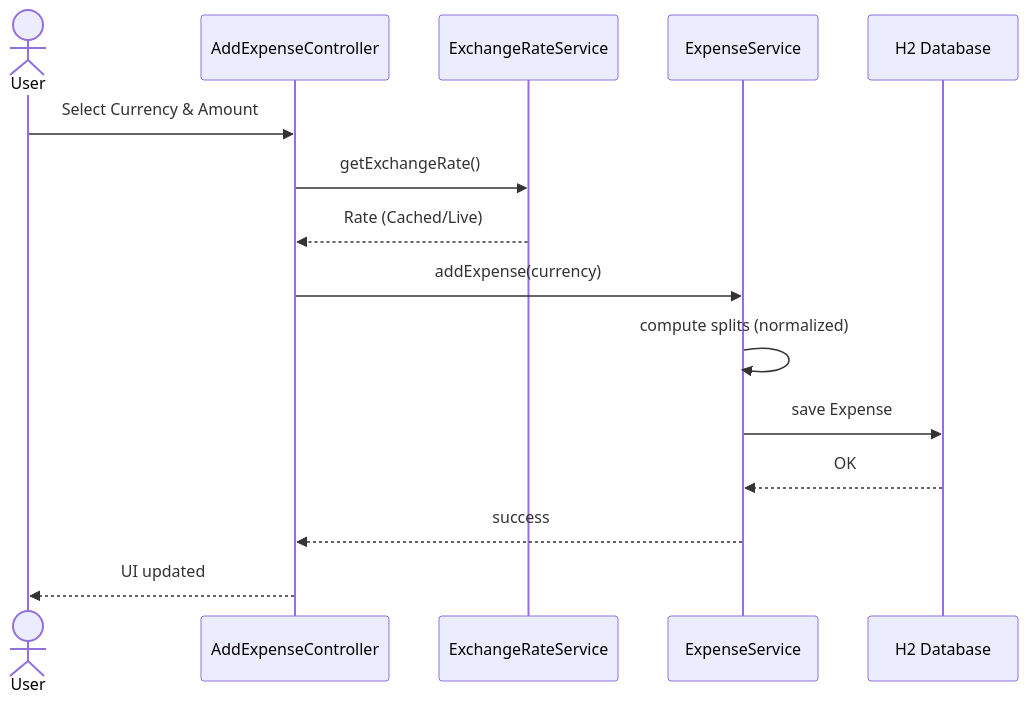
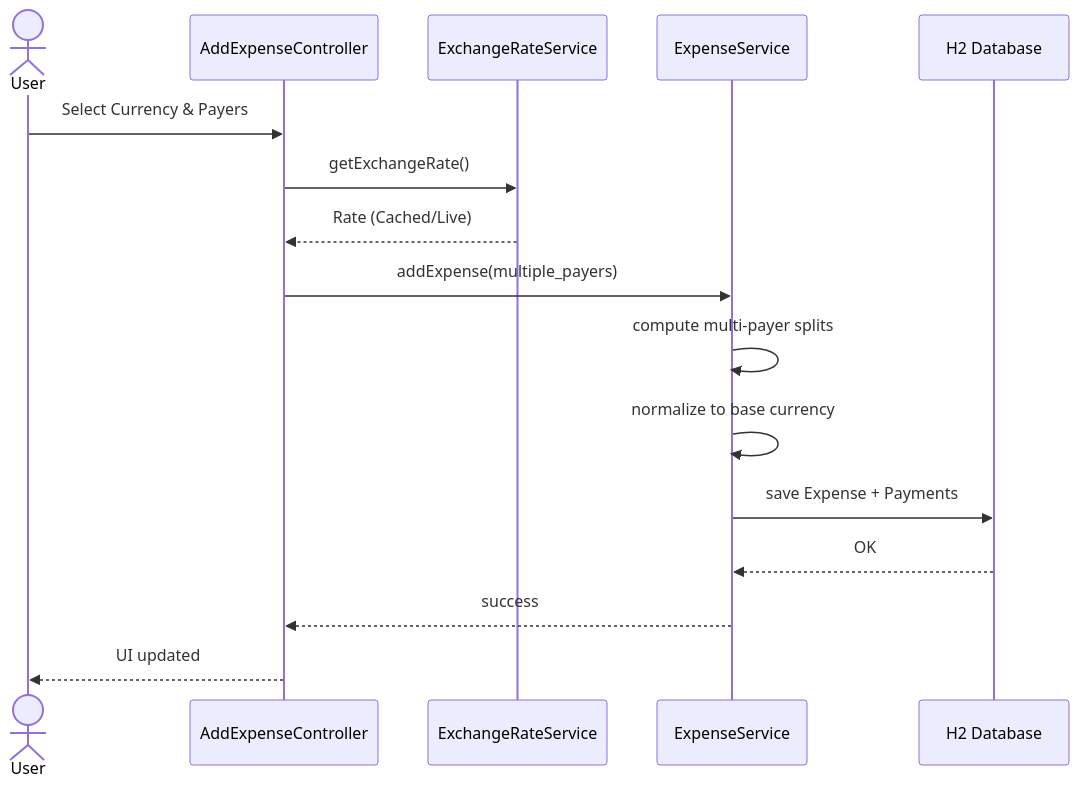
Before and after one commit to malcolm-cephas/Expense_Splitter: the third of 5 diagrams in README.md, drawn with Mermaid. The commit also changed other lines of this file and 18 other files, not shown here.

````diff
--- a/README.md
+++ b/README.md
@@ -243,21 +260,22 @@
 ```mermaid
 sequenceDiagram
 actor User
 participant UI as AddExpenseController
 participant EX as ExchangeRateService
 participant Service as ExpenseService
 participant DB as H2 Database
 
-User ->> UI: Select Currency & Amount
+User ->> UI: Select Currency & Payers
 UI ->> EX: getExchangeRate()
 EX -->> UI: Rate (Cached/Live)
-UI ->> Service: addExpense(currency)
+UI ->> Service: addExpense(multiple_payers)
 
-Service ->> Service: compute splits (normalized)
+Service ->> Service: compute multi-payer splits
+Service ->> Service: normalize to base currency
 
-Service ->> DB: save Expense
+Service ->> DB: save Expense + Payments
 DB -->> Service: OK
 
 Service -->> UI: success
 UI -->> User: UI updated
 ```
````
